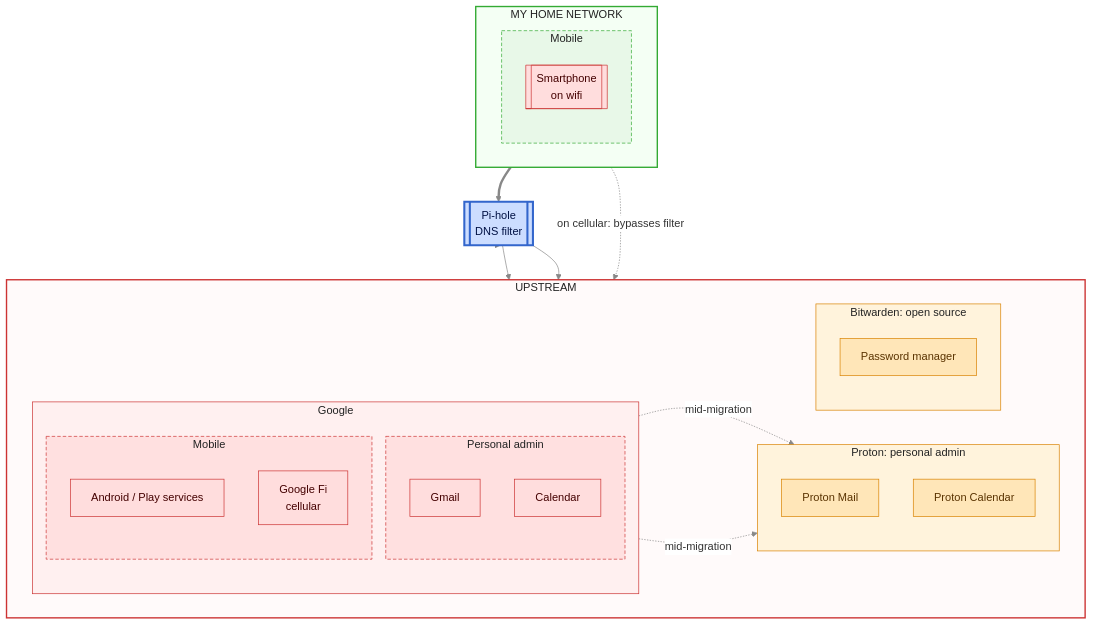
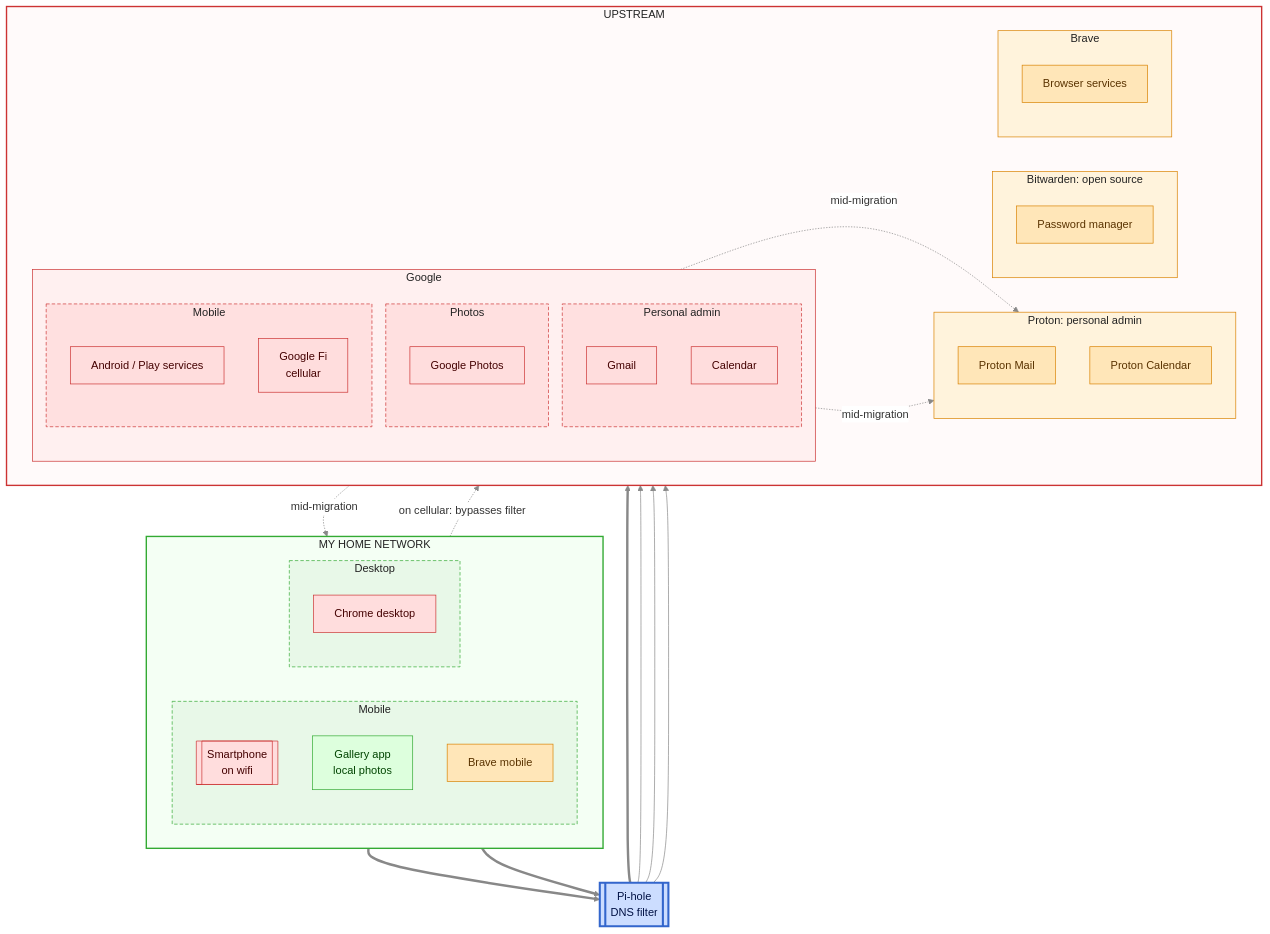
The fourth of 4 diagrams in README.md (lowlydba/torch-the-tech), drawn with Mermaid before and after one commit. The commit also changed other lines of this file, not shown here.

Commit message:
Add photos and browsers

````diff
--- a/README.md
+++ b/README.md
@@ -250,6 +250,13 @@
         subgraph h_mobile["Mobile"]
             direction TB
             pixel[[Smartphone<br/>on wifi]]
+            gallery[Gallery app<br/>local photos]
+            brave_m[Brave mobile]
+        end
+
+        subgraph h_desktop["Desktop"]
+            direction TB
+            chrome[Chrome desktop]
         end
     end
 
@@ -264,6 +271,10 @@
             subgraph g_admin["Personal admin"]
                 gmail[Gmail]
                 gcal[Calendar]
+            end
+
+            subgraph g_photos["Photos"]
+                gphotos[Google Photos]
             end
 
             subgraph g_mobile["Mobile"]
@@ -281,31 +292,42 @@
         subgraph bitwarden["Bitwarden: open source"]
             bw[Password manager]
         end
+
+        subgraph brave["Brave"]
+            bravecloud[Browser services]
+        end
     end
 
     h_mobile ==> pihole
+    h_desktop ==> pihole
     pihole ==> google
     pihole --> proton
     pihole --> bitwarden
+    pihole --> brave
 
     pixel -. "on cellular: bypasses filter" .-> fi
     gmail -. "mid-migration" .-> pmail
     gcal -. "mid-migration" .-> pcal
+    gphotos -. "mid-migration" .-> gallery
 
     classDef big fill:#fdd,stroke:#c33,color:#400
     classDef self fill:#dfd,stroke:#3a3,color:#040
     classDef gate fill:#cdf,stroke:#36c,stroke-width:3px,color:#014
     classDef hosted fill:#ffe6b8,stroke:#d98200,color:#5a3300
-    class gmail,gcal,gapps,fi big
-    class pmail,pcal,bw hosted
+    class gmail,gcal,gapps,fi,gphotos,chrome big
+    class pmail,pcal,bw,bravecloud,brave_m hosted
+    class gallery self
     class pixel big
     class pihole gate
     style home fill:#f4fff4,stroke:#3a3,stroke-width:2px,color:#222
     style out fill:#fffafa,stroke:#c33,stroke-width:2px,color:#222
     style h_mobile fill:#e8f8e8,stroke:#3a3,stroke-dasharray: 5 3,color:#222
+    style h_desktop fill:#e8f8e8,stroke:#3a3,stroke-dasharray: 5 3,color:#222
     style google fill:#fff0f0,stroke:#c33,color:#222
     style g_admin fill:#ffe0e0,stroke:#c33,stroke-dasharray: 5 3,color:#222
     style g_mobile fill:#ffe0e0,stroke:#c33,stroke-dasharray: 5 3,color:#222
     style proton fill:#fff3dc,stroke:#d98200,color:#222
     style bitwarden fill:#fff3dc,stroke:#d98200,color:#222
+    style brave fill:#fff3dc,stroke:#d98200,color:#222
+    style g_photos fill:#ffe0e0,stroke:#c33,stroke-dasharray: 5 3,color:#222
 ```
````
